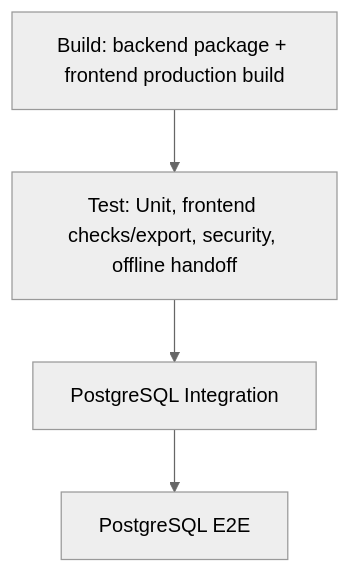
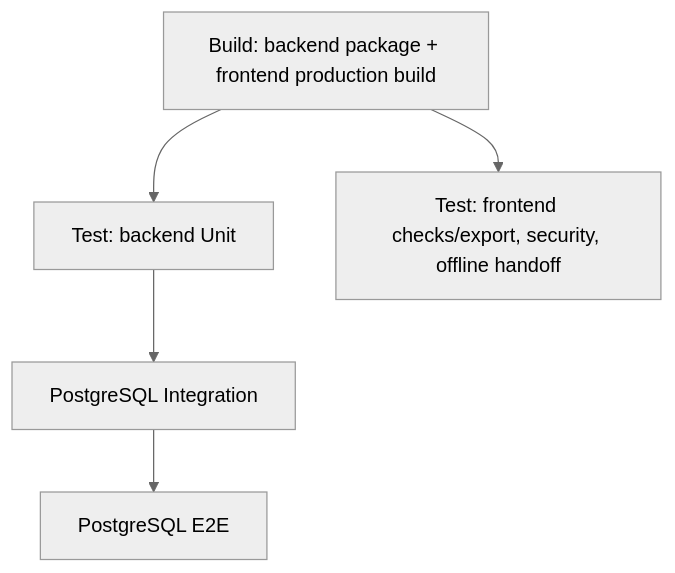
The diagram in docs/internal/tasks/p1.5-postgresql-transaction-gate/specification.md (frederik-hoeft/min-favs-sharewise), drawn with Mermaid (neutral theme) before and after one commit. The commit also changed other lines of this file and 4 other files, not shown here.

````diff
--- a/docs/internal/tasks/p1.5-postgresql-transaction-gate/specification.md
+++ b/docs/internal/tasks/p1.5-postgresql-transaction-gate/specification.md
@@ -46,8 +46,10 @@
 ```mermaid
 flowchart TD
     B["Build: backend package + frontend production build"]
-    T["Test: Unit, frontend checks/export, security, offline handoff"]
+    U["Test: backend Unit"]
+    O["Test: frontend checks/export, security, offline handoff"]
     I["PostgreSQL Integration"]
     E["PostgreSQL E2E"]
-    B --> T --> I --> E
+    B --> U --> I --> E
+    B --> O
 ```
````
